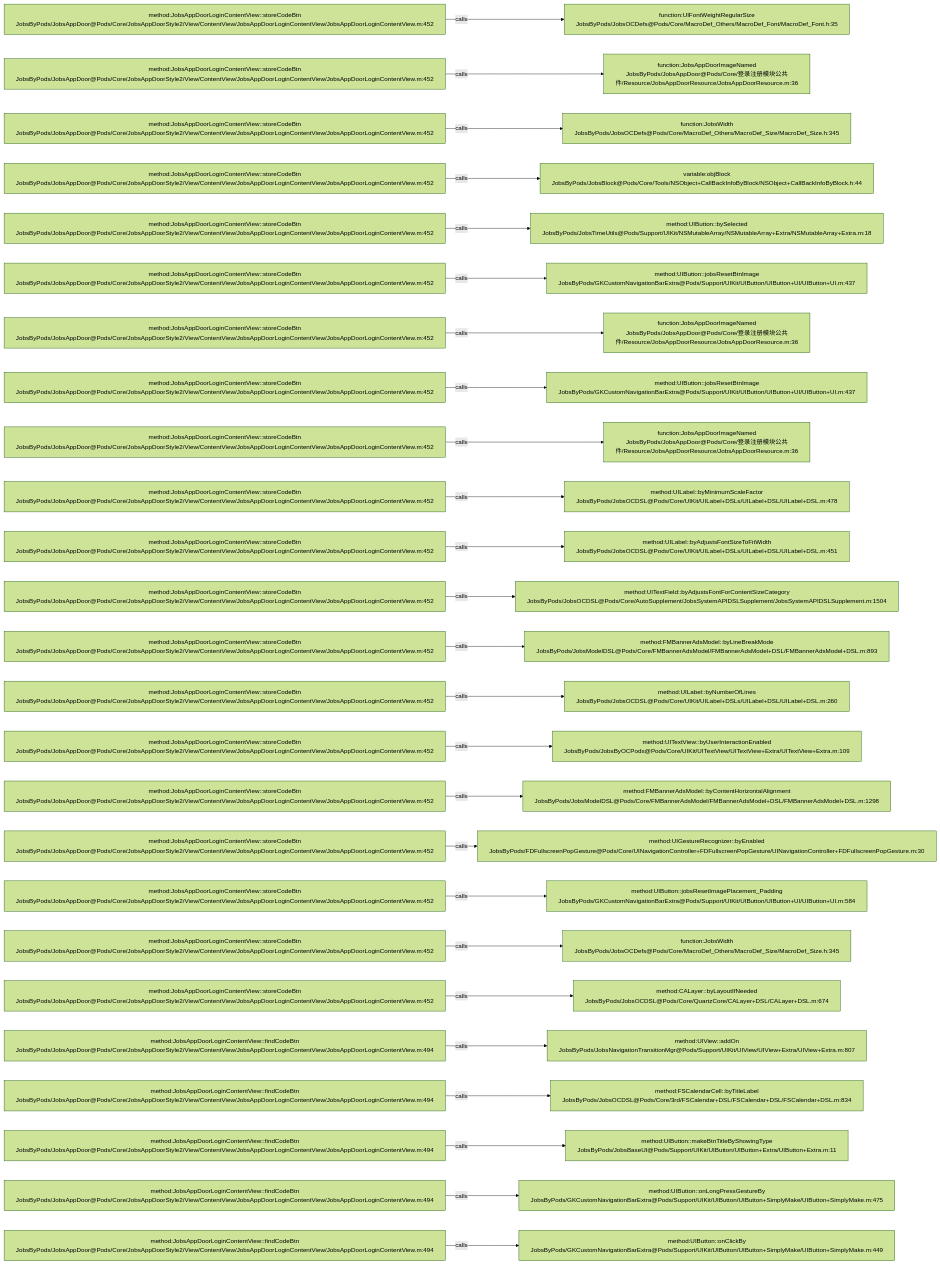
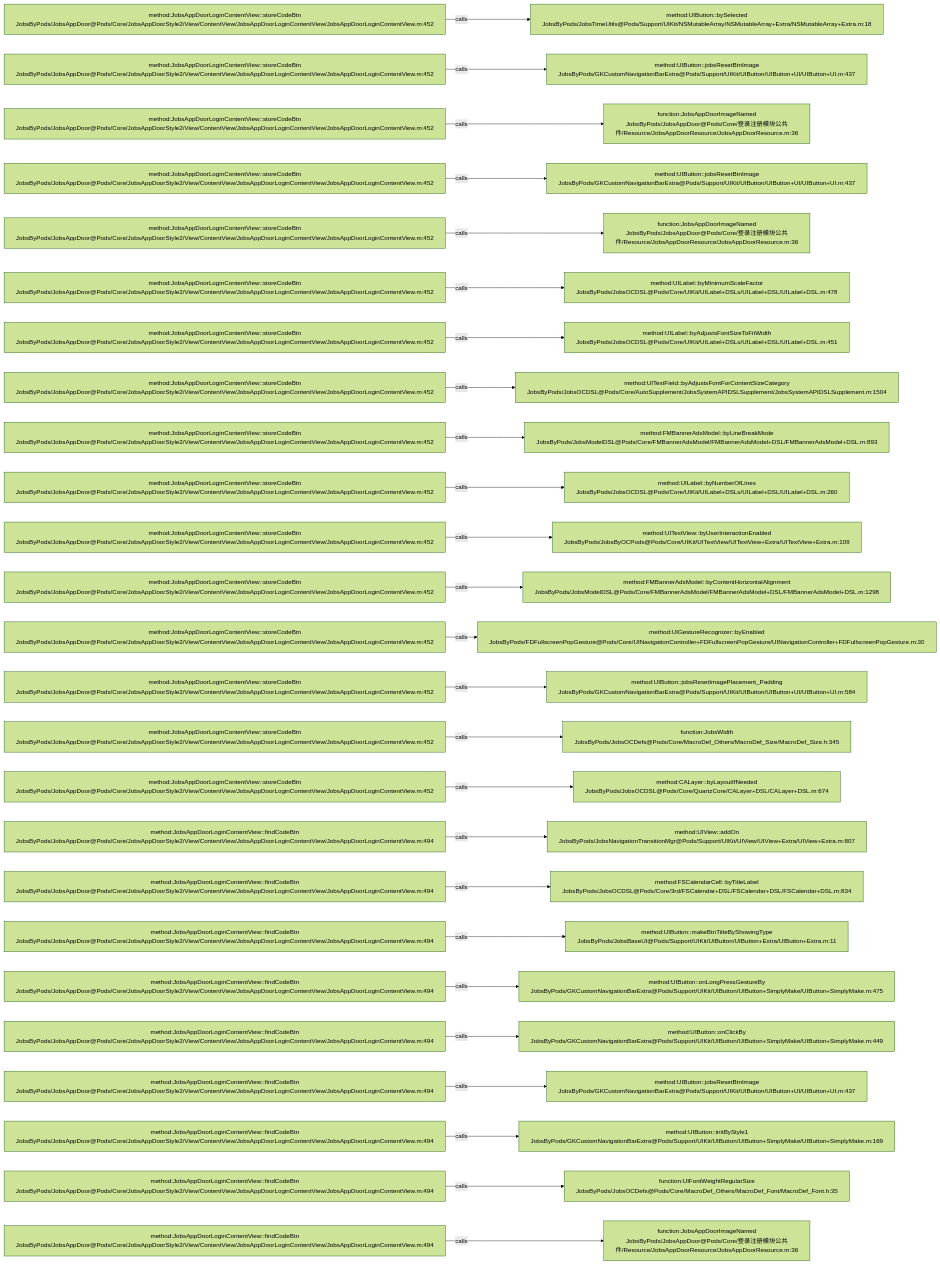
Before and after one commit to JobsKits/JobsOCBaseConfigDemo: the diagram in .codegraph/codegraph.md/graphs/calls-123.md, drawn with Mermaid (forest theme). The commit also changed 116 other files, not shown here.

````diff
--- a/.codegraph/codegraph.md/graphs/calls-123.md
+++ b/.codegraph/codegraph.md/graphs/calls-123.md
@@ -13,78 +13,78 @@
 ```mermaid
 flowchart LR
   S1["method:JobsAppDoorLoginContentView::storeCodeBtn<br/>JobsByPods/JobsAppDoor@Pods/Core/JobsAppDoorStyle2/View/ContentView/JobsAppDoorLoginContentView/JobsAppDoorLoginContentView.m:452"]
-  T1["function:UIFontWeightRegularSize<br/>JobsByPods/JobsOCDefs@Pods/Core/MacroDef_Others/MacroDef_Font/MacroDef_Font.h:35"]
+  T1["method:UIButton::bySelected<br/>JobsByPods/JobsTimeUtils@Pods/Support/UIKit/NSMutableArray/NSMutableArray+Extra/NSMutableArray+Extra.m:18"]
   S1 -->|calls| T1
   S2["method:JobsAppDoorLoginContentView::storeCodeBtn<br/>JobsByPods/JobsAppDoor@Pods/Core/JobsAppDoorStyle2/View/ContentView/JobsAppDoorLoginContentView/JobsAppDoorLoginContentView.m:452"]
-  T2["function:JobsAppDoorImageNamed<br/>JobsByPods/JobsAppDoor@Pods/Core/登录注册模块公共件/Resource/JobsAppDoorResource/JobsAppDoorResource.m:36"]
+  T2["method:UIButton::jobsResetBtnImage<br/>JobsByPods/GKCustomNavigationBarExtra@Pods/Support/UIKit/UIButton/UIButton+UI/UIButton+UI.m:437"]
   S2 -->|calls| T2
   S3["method:JobsAppDoorLoginContentView::storeCodeBtn<br/>JobsByPods/JobsAppDoor@Pods/Core/JobsAppDoorStyle2/View/ContentView/JobsAppDoorLoginContentView/JobsAppDoorLoginContentView.m:452"]
-  T3["function:JobsWidth<br/>JobsByPods/JobsOCDefs@Pods/Core/MacroDef_Others/MacroDef_Size/MacroDef_Size.h:345"]
+  T3["function:JobsAppDoorImageNamed<br/>JobsByPods/JobsAppDoor@Pods/Core/登录注册模块公共件/Resource/JobsAppDoorResource/JobsAppDoorResource.m:36"]
   S3 -->|calls| T3
   S4["method:JobsAppDoorLoginContentView::storeCodeBtn<br/>JobsByPods/JobsAppDoor@Pods/Core/JobsAppDoorStyle2/View/ContentView/JobsAppDoorLoginContentView/JobsAppDoorLoginContentView.m:452"]
-  T4["variable:objBlock<br/>JobsByPods/JobsBlock@Pods/Core/Tools/NSObject+CallBackInfoByBlock/NSObject+CallBackInfoByBlock.h:44"]
+  T4["method:UIButton::jobsResetBtnImage<br/>JobsByPods/GKCustomNavigationBarExtra@Pods/Support/UIKit/UIButton/UIButton+UI/UIButton+UI.m:437"]
   S4 -->|calls| T4
   S5["method:JobsAppDoorLoginContentView::storeCodeBtn<br/>JobsByPods/JobsAppDoor@Pods/Core/JobsAppDoorStyle2/View/ContentView/JobsAppDoorLoginContentView/JobsAppDoorLoginContentView.m:452"]
-  T5["method:UIButton::bySelected<br/>JobsByPods/JobsTimeUtils@Pods/Support/UIKit/NSMutableArray/NSMutableArray+Extra/NSMutableArray+Extra.m:18"]
+  T5["function:JobsAppDoorImageNamed<br/>JobsByPods/JobsAppDoor@Pods/Core/登录注册模块公共件/Resource/JobsAppDoorResource/JobsAppDoorResource.m:36"]
   S5 -->|calls| T5
   S6["method:JobsAppDoorLoginContentView::storeCodeBtn<br/>JobsByPods/JobsAppDoor@Pods/Core/JobsAppDoorStyle2/View/ContentView/JobsAppDoorLoginContentView/JobsAppDoorLoginContentView.m:452"]
-  T6["method:UIButton::jobsResetBtnImage<br/>JobsByPods/GKCustomNavigationBarExtra@Pods/Support/UIKit/UIButton/UIButton+UI/UIButton+UI.m:437"]
+  T6["method:UILabel::byMinimumScaleFactor<br/>JobsByPods/JobsOCDSL@Pods/Core/UIKit/UILabel+DSLs/UILabel+DSL/UILabel+DSL.m:478"]
   S6 -->|calls| T6
   S7["method:JobsAppDoorLoginContentView::storeCodeBtn<br/>JobsByPods/JobsAppDoor@Pods/Core/JobsAppDoorStyle2/View/ContentView/JobsAppDoorLoginContentView/JobsAppDoorLoginContentView.m:452"]
-  T7["function:JobsAppDoorImageNamed<br/>JobsByPods/JobsAppDoor@Pods/Core/登录注册模块公共件/Resource/JobsAppDoorResource/JobsAppDoorResource.m:36"]
+  T7["method:UILabel::byAdjustsFontSizeToFitWidth<br/>JobsByPods/JobsOCDSL@Pods/Core/UIKit/UILabel+DSLs/UILabel+DSL/UILabel+DSL.m:451"]
   S7 -->|calls| T7
   S8["method:JobsAppDoorLoginContentView::storeCodeBtn<br/>JobsByPods/JobsAppDoor@Pods/Core/JobsAppDoorStyle2/View/ContentView/JobsAppDoorLoginContentView/JobsAppDoorLoginContentView.m:452"]
-  T8["method:UIButton::jobsResetBtnImage<br/>JobsByPods/GKCustomNavigationBarExtra@Pods/Support/UIKit/UIButton/UIButton+UI/UIButton+UI.m:437"]
+  T8["method:UITextField::byAdjustsFontForContentSizeCategory<br/>JobsByPods/JobsOCDSL@Pods/Core/AutoSupplement/JobsSystemAPIDSLSupplement/JobsSystemAPIDSLSupplement.m:1504"]
   S8 -->|calls| T8
   S9["method:JobsAppDoorLoginContentView::storeCodeBtn<br/>JobsByPods/JobsAppDoor@Pods/Core/JobsAppDoorStyle2/View/ContentView/JobsAppDoorLoginContentView/JobsAppDoorLoginContentView.m:452"]
-  T9["function:JobsAppDoorImageNamed<br/>JobsByPods/JobsAppDoor@Pods/Core/登录注册模块公共件/Resource/JobsAppDoorResource/JobsAppDoorResource.m:36"]
+  T9["method:FMBannerAdsModel::byLineBreakMode<br/>JobsByPods/JobsModelDSL@Pods/Core/FMBannerAdsModel/FMBannerAdsModel+DSL/FMBannerAdsModel+DSL.m:893"]
   S9 -->|calls| T9
   S10["method:JobsAppDoorLoginContentView::storeCodeBtn<br/>JobsByPods/JobsAppDoor@Pods/Core/JobsAppDoorStyle2/View/ContentView/JobsAppDoorLoginContentView/JobsAppDoorLoginContentView.m:452"]
-  T10["method:UILabel::byMinimumScaleFactor<br/>JobsByPods/JobsOCDSL@Pods/Core/UIKit/UILabel+DSLs/UILabel+DSL/UILabel+DSL.m:478"]
+  T10["method:UILabel::byNumberOfLines<br/>JobsByPods/JobsOCDSL@Pods/Core/UIKit/UILabel+DSLs/UILabel+DSL/UILabel+DSL.m:260"]
   S10 -->|calls| T10
   S11["method:JobsAppDoorLoginContentView::storeCodeBtn<br/>JobsByPods/JobsAppDoor@Pods/Core/JobsAppDoorStyle2/View/ContentView/JobsAppDoorLoginContentView/JobsAppDoorLoginContentView.m:452"]
-  T11["method:UILabel::byAdjustsFontSizeToFitWidth<br/>JobsByPods/JobsOCDSL@Pods/Core/UIKit/UILabel+DSLs/UILabel+DSL/UILabel+DSL.m:451"]
+  T11["method:UITextView::byUserInteractionEnabled<br/>JobsByPods/JobsByOCPods@Pods/Core/UIKit/UITextView/UITextView+Extra/UITextView+Extra.m:109"]
   S11 -->|calls| T11
   S12["method:JobsAppDoorLoginContentView::storeCodeBtn<br/>JobsByPods/JobsAppDoor@Pods/Core/JobsAppDoorStyle2/View/ContentView/JobsAppDoorLoginContentView/JobsAppDoorLoginContentView.m:452"]
-  T12["method:UITextField::byAdjustsFontForContentSizeCategory<br/>JobsByPods/JobsOCDSL@Pods/Core/AutoSupplement/JobsSystemAPIDSLSupplement/JobsSystemAPIDSLSupplement.m:1504"]
+  T12["method:FMBannerAdsModel::byContentHorizontalAlignment<br/>JobsByPods/JobsModelDSL@Pods/Core/FMBannerAdsModel/FMBannerAdsModel+DSL/FMBannerAdsModel+DSL.m:1298"]
   S12 -->|calls| T12
   S13["method:JobsAppDoorLoginContentView::storeCodeBtn<br/>JobsByPods/JobsAppDoor@Pods/Core/JobsAppDoorStyle2/View/ContentView/JobsAppDoorLoginContentView/JobsAppDoorLoginContentView.m:452"]
-  T13["method:FMBannerAdsModel::byLineBreakMode<br/>JobsByPods/JobsModelDSL@Pods/Core/FMBannerAdsModel/FMBannerAdsModel+DSL/FMBannerAdsModel+DSL.m:893"]
+  T13["method:UIGestureRecognizer::byEnabled<br/>JobsByPods/FDFullscreenPopGesture@Pods/Core/UINavigationController+FDFullscreenPopGesture/UINavigationController+FDFullscreenPopGesture.m:30"]
   S13 -->|calls| T13
   S14["method:JobsAppDoorLoginContentView::storeCodeBtn<br/>JobsByPods/JobsAppDoor@Pods/Core/JobsAppDoorStyle2/View/ContentView/JobsAppDoorLoginContentView/JobsAppDoorLoginContentView.m:452"]
-  T14["method:UILabel::byNumberOfLines<br/>JobsByPods/JobsOCDSL@Pods/Core/UIKit/UILabel+DSLs/UILabel+DSL/UILabel+DSL.m:260"]
+  T14["method:UIButton::jobsResetImagePlacement_Padding<br/>JobsByPods/GKCustomNavigationBarExtra@Pods/Support/UIKit/UIButton/UIButton+UI/UIButton+UI.m:584"]
   S14 -->|calls| T14
   S15["method:JobsAppDoorLoginContentView::storeCodeBtn<br/>JobsByPods/JobsAppDoor@Pods/Core/JobsAppDoorStyle2/View/ContentView/JobsAppDoorLoginContentView/JobsAppDoorLoginContentView.m:452"]
-  T15["method:UITextView::byUserInteractionEnabled<br/>JobsByPods/JobsByOCPods@Pods/Core/UIKit/UITextView/UITextView+Extra/UITextView+Extra.m:109"]
+  T15["function:JobsWidth<br/>JobsByPods/JobsOCDefs@Pods/Core/MacroDef_Others/MacroDef_Size/MacroDef_Size.h:345"]
   S15 -->|calls| T15
   S16["method:JobsAppDoorLoginContentView::storeCodeBtn<br/>JobsByPods/JobsAppDoor@Pods/Core/JobsAppDoorStyle2/View/ContentView/JobsAppDoorLoginContentView/JobsAppDoorLoginContentView.m:452"]
-  T16["method:FMBannerAdsModel::byContentHorizontalAlignment<br/>JobsByPods/JobsModelDSL@Pods/Core/FMBannerAdsModel/FMBannerAdsModel+DSL/FMBannerAdsModel+DSL.m:1298"]
+  T16["method:CALayer::byLayoutIfNeeded<br/>JobsByPods/JobsOCDSL@Pods/Core/QuartzCore/CALayer+DSL/CALayer+DSL.m:674"]
   S16 -->|calls| T16
-  S17["method:JobsAppDoorLoginContentView::storeCodeBtn<br/>JobsByPods/JobsAppDoor@Pods/Core/JobsAppDoorStyle2/View/ContentView/JobsAppDoorLoginContentView/JobsAppDoorLoginContentView.m:452"]
-  T17["method:UIGestureRecognizer::byEnabled<br/>JobsByPods/FDFullscreenPopGesture@Pods/Core/UINavigationController+FDFullscreenPopGesture/UINavigationController+FDFullscreenPopGesture.m:30"]
+  S17["method:JobsAppDoorLoginContentView::findCodeBtn<br/>JobsByPods/JobsAppDoor@Pods/Core/JobsAppDoorStyle2/View/ContentView/JobsAppDoorLoginContentView/JobsAppDoorLoginContentView.m:494"]
+  T17["method:UIView::addOn<br/>JobsByPods/JobsNavigationTransitionMgr@Pods/Support/UIKit/UIView/UIView+Extra/UIView+Extra.m:807"]
   S17 -->|calls| T17
-  S18["method:JobsAppDoorLoginContentView::storeCodeBtn<br/>JobsByPods/JobsAppDoor@Pods/Core/JobsAppDoorStyle2/View/ContentView/JobsAppDoorLoginContentView/JobsAppDoorLoginContentView.m:452"]
-  T18["method:UIButton::jobsResetImagePlacement_Padding<br/>JobsByPods/GKCustomNavigationBarExtra@Pods/Support/UIKit/UIButton/UIButton+UI/UIButton+UI.m:584"]
+  S18["method:JobsAppDoorLoginContentView::findCodeBtn<br/>JobsByPods/JobsAppDoor@Pods/Core/JobsAppDoorStyle2/View/ContentView/JobsAppDoorLoginContentView/JobsAppDoorLoginContentView.m:494"]
+  T18["method:FSCalendarCell::byTitleLabel<br/>JobsByPods/JobsOCDSL@Pods/Core/3rd/FSCalendar+DSL/FSCalendar+DSL/FSCalendar+DSL.m:834"]
   S18 -->|calls| T18
-  S19["method:JobsAppDoorLoginContentView::storeCodeBtn<br/>JobsByPods/JobsAppDoor@Pods/Core/JobsAppDoorStyle2/View/ContentView/JobsAppDoorLoginContentView/JobsAppDoorLoginContentView.m:452"]
-  T19["function:JobsWidth<br/>JobsByPods/JobsOCDefs@Pods/Core/MacroDef_Others/MacroDef_Size/MacroDef_Size.h:345"]
+  S19["method:JobsAppDoorLoginContentView::findCodeBtn<br/>JobsByPods/JobsAppDoor@Pods/Core/JobsAppDoorStyle2/View/ContentView/JobsAppDoorLoginContentView/JobsAppDoorLoginContentView.m:494"]
+  T19["method:UIButton::makeBtnTitleByShowingType<br/>JobsByPods/JobsBaseUI@Pods/Support/UIKit/UIButton/UIButton+Extra/UIButton+Extra.m:11"]
   S19 -->|calls| T19
-  S20["method:JobsAppDoorLoginContentView::storeCodeBtn<br/>JobsByPods/JobsAppDoor@Pods/Core/JobsAppDoorStyle2/View/ContentView/JobsAppDoorLoginContentView/JobsAppDoorLoginContentView.m:452"]
-  T20["method:CALayer::byLayoutIfNeeded<br/>JobsByPods/JobsOCDSL@Pods/Core/QuartzCore/CALayer+DSL/CALayer+DSL.m:674"]
+  S20["method:JobsAppDoorLoginContentView::findCodeBtn<br/>JobsByPods/JobsAppDoor@Pods/Core/JobsAppDoorStyle2/View/ContentView/JobsAppDoorLoginContentView/JobsAppDoorLoginContentView.m:494"]
+  T20["method:UIButton::onLongPressGestureBy<br/>JobsByPods/GKCustomNavigationBarExtra@Pods/Support/UIKit/UIButton/UIButton+SimplyMake/UIButton+SimplyMake.m:475"]
   S20 -->|calls| T20
   S21["method:JobsAppDoorLoginContentView::findCodeBtn<br/>JobsByPods/JobsAppDoor@Pods/Core/JobsAppDoorStyle2/View/ContentView/JobsAppDoorLoginContentView/JobsAppDoorLoginContentView.m:494"]
-  T21["method:UIView::addOn<br/>JobsByPods/JobsNavigationTransitionMgr@Pods/Support/UIKit/UIView/UIView+Extra/UIView+Extra.m:807"]
+  T21["method:UIButton::onClickBy<br/>JobsByPods/GKCustomNavigationBarExtra@Pods/Support/UIKit/UIButton/UIButton+SimplyMake/UIButton+SimplyMake.m:449"]
   S21 -->|calls| T21
   S22["method:JobsAppDoorLoginContentView::findCodeBtn<br/>JobsByPods/JobsAppDoor@Pods/Core/JobsAppDoorStyle2/View/ContentView/JobsAppDoorLoginContentView/JobsAppDoorLoginContentView.m:494"]
-  T22["method:FSCalendarCell::byTitleLabel<br/>JobsByPods/JobsOCDSL@Pods/Core/3rd/FSCalendar+DSL/FSCalendar+DSL/FSCalendar+DSL.m:834"]
+  T22["method:UIButton::jobsResetBtnImage<br/>JobsByPods/GKCustomNavigationBarExtra@Pods/Support/UIKit/UIButton/UIButton+UI/UIButton+UI.m:437"]
   S22 -->|calls| T22
   S23["method:JobsAppDoorLoginContentView::findCodeBtn<br/>JobsByPods/JobsAppDoor@Pods/Core/JobsAppDoorStyle2/View/ContentView/JobsAppDoorLoginContentView/JobsAppDoorLoginContentView.m:494"]
-  T23["method:UIButton::makeBtnTitleByShowingType<br/>JobsByPods/JobsBaseUI@Pods/Support/UIKit/UIButton/UIButton+Extra/UIButton+Extra.m:11"]
+  T23["method:UIButton::initByStyle1<br/>JobsByPods/GKCustomNavigationBarExtra@Pods/Support/UIKit/UIButton/UIButton+SimplyMake/UIButton+SimplyMake.m:169"]
   S23 -->|calls| T23
   S24["method:JobsAppDoorLoginContentView::findCodeBtn<br/>JobsByPods/JobsAppDoor@Pods/Core/JobsAppDoorStyle2/View/ContentView/JobsAppDoorLoginContentView/JobsAppDoorLoginContentView.m:494"]
-  T24["method:UIButton::onLongPressGestureBy<br/>JobsByPods/GKCustomNavigationBarExtra@Pods/Support/UIKit/UIButton/UIButton+SimplyMake/UIButton+SimplyMake.m:475"]
+  T24["function:UIFontWeightRegularSize<br/>JobsByPods/JobsOCDefs@Pods/Core/MacroDef_Others/MacroDef_Font/MacroDef_Font.h:35"]
   S24 -->|calls| T24
   S25["method:JobsAppDoorLoginContentView::findCodeBtn<br/>JobsByPods/JobsAppDoor@Pods/Core/JobsAppDoorStyle2/View/ContentView/JobsAppDoorLoginContentView/JobsAppDoorLoginContentView.m:494"]
-  T25["method:UIButton::onClickBy<br/>JobsByPods/GKCustomNavigationBarExtra@Pods/Support/UIKit/UIButton/UIButton+SimplyMake/UIButton+SimplyMake.m:449"]
+  T25["function:JobsAppDoorImageNamed<br/>JobsByPods/JobsAppDoor@Pods/Core/登录注册模块公共件/Resource/JobsAppDoorResource/JobsAppDoorResource.m:36"]
   S25 -->|calls| T25
 ```
````
